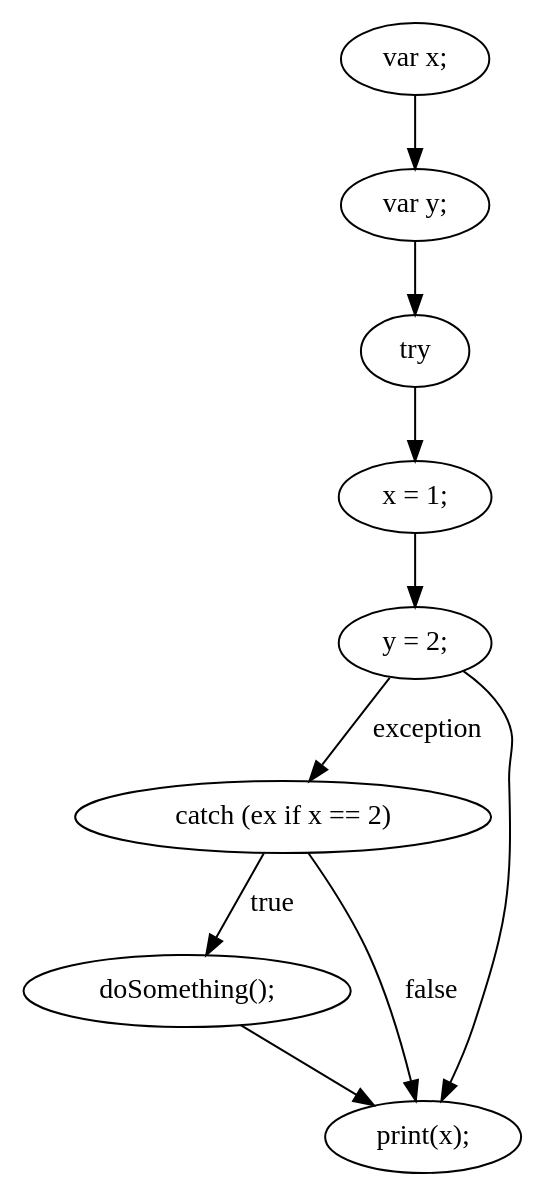
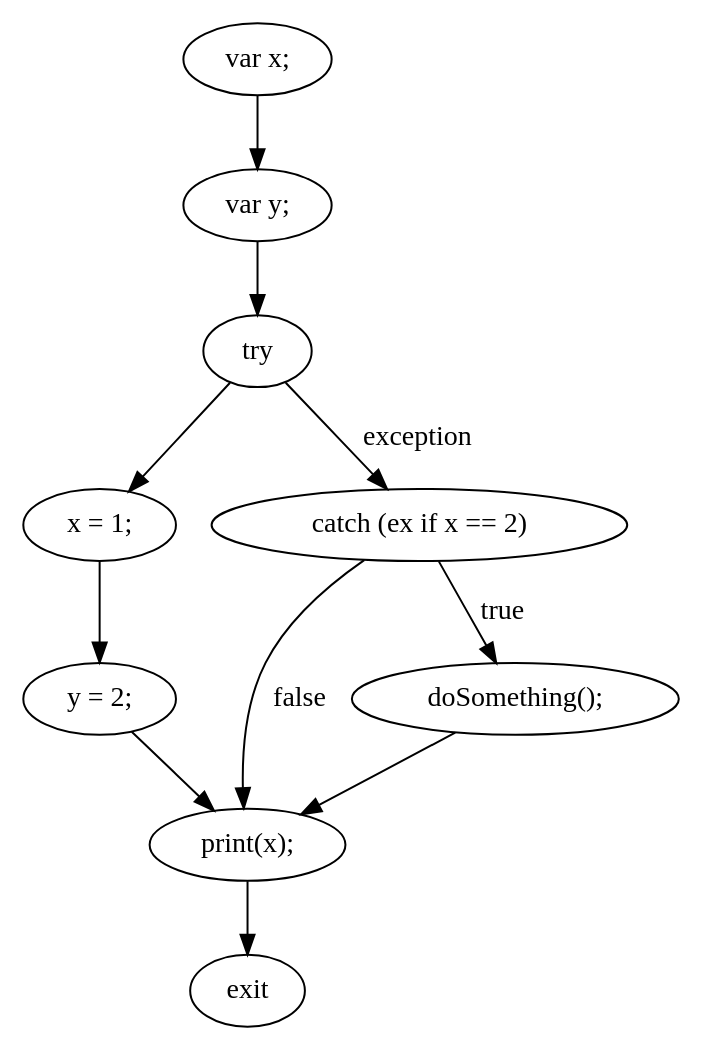
The diagram in JsRetest/jsTests/dotFiles/testTryCatch.js.0.dot (Shoreray/JsRetest), drawn with Graphviz before and after one commit. The commit also changed 408 other files, not shown here.

```diff
--- a/JsRetest/jsTests/dotFiles/testTryCatch.js.0.dot
+++ b/JsRetest/jsTests/dotFiles/testTryCatch.js.0.dot
@@ -1,19 +1,21 @@
 digraph {
-"0" [label="doSomething();\n"] 
+"0" [label="x = 1;\n"] 
 "1" [label="try "] 
-"2" [label="x = 1;\n"] 
-"3" [label="var y;\n"] 
-"4" [label="var x;\n"] 
+"2" [label="print(x);\n"] 
+"3" [label="y = 2;\n"] 
+"4" [label="doSomething();\n"] 
 "5" [label="catch (ex if x == 2) "] 
-"6" [label="print(x);\n"] 
-"7" [label="y = 2;\n"] 
-"0" -> "6" [label=""] 
-"1" -> "2" [label=""] 
+"6" [label="var y;\n"] 
+"7" [label="exit"] 
+"8" [label="var x;\n"] 
+"0" -> "3" [label=""] 
+"1" -> "5" [label="exception"] 
+"1" -> "0" [label=""] 
 "2" -> "7" [label=""] 
-"3" -> "1" [label=""] 
-"4" -> "3" [label=""] 
-"5" -> "6" [label="false"] 
-"5" -> "0" [label="true"] 
-"7" -> "6" [label=""] 
-"7" -> "5" [label="exception"] 
+"3" -> "2" [label=""] 
+"4" -> "2" [label=""] 
+"5" -> "2" [label="false"] 
+"5" -> "4" [label="true"] 
+"6" -> "1" [label=""] 
+"8" -> "6" [label=""] 
 }
```
